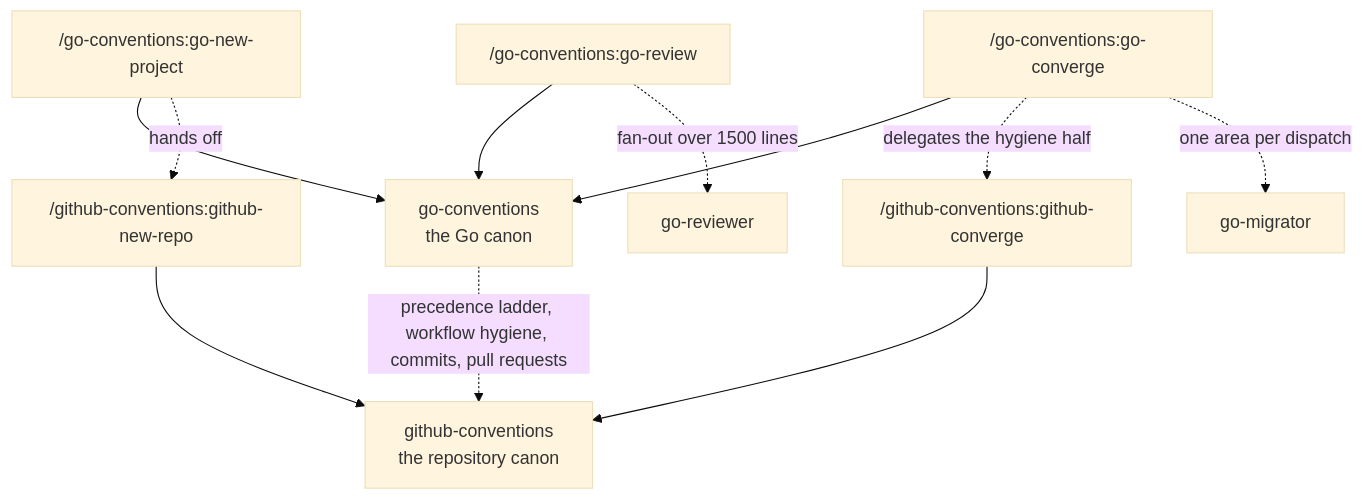
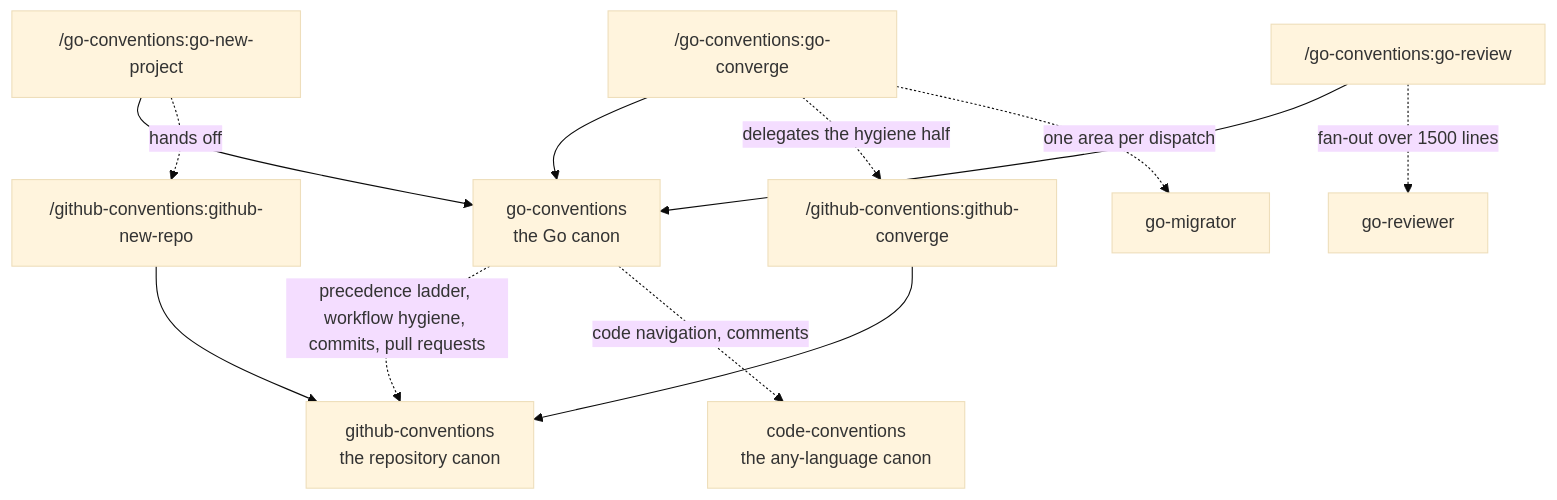
One commit to jhoblitt/conventions-claude changed the sixth of 6 diagrams in README.md. Above: the diagram before and after it, drawn with Mermaid (base theme). The commit also changed other lines of this file and 13 other files, not shown here.

First line of the commit message:
feat(code-conventions): add a canon for the language-agnostic rules

````diff
--- a/README.md
+++ b/README.md
@@ -170,15 +177,17 @@
 ```mermaid
 flowchart TD
   GOC["go-conventions<br/>the Go canon"]
   GHC["github-conventions<br/>the repository canon"]
+  CC["code-conventions<br/>the any-language canon"]
   GOC -.->|precedence ladder, workflow hygiene, commits, pull requests| GHC
+  GOC -.->|code navigation, comments| CC
   NP["/go-conventions:go-new-project"] --> GOC
   NP -.->|hands off| NR["/github-conventions:github-new-repo"]
   NR --> GHC
   CV["/go-conventions:go-converge"] --> GOC
   CV -.->|delegates the hygiene half| GCV["/github-conventions:github-converge"]
   GCV --> GHC
   RV["/go-conventions:go-review"] --> GOC
   RV -.->|fan-out over 1500 lines| RA["go-reviewer"]
   CV -.->|one area per dispatch| MA["go-migrator"]
 ```
````
